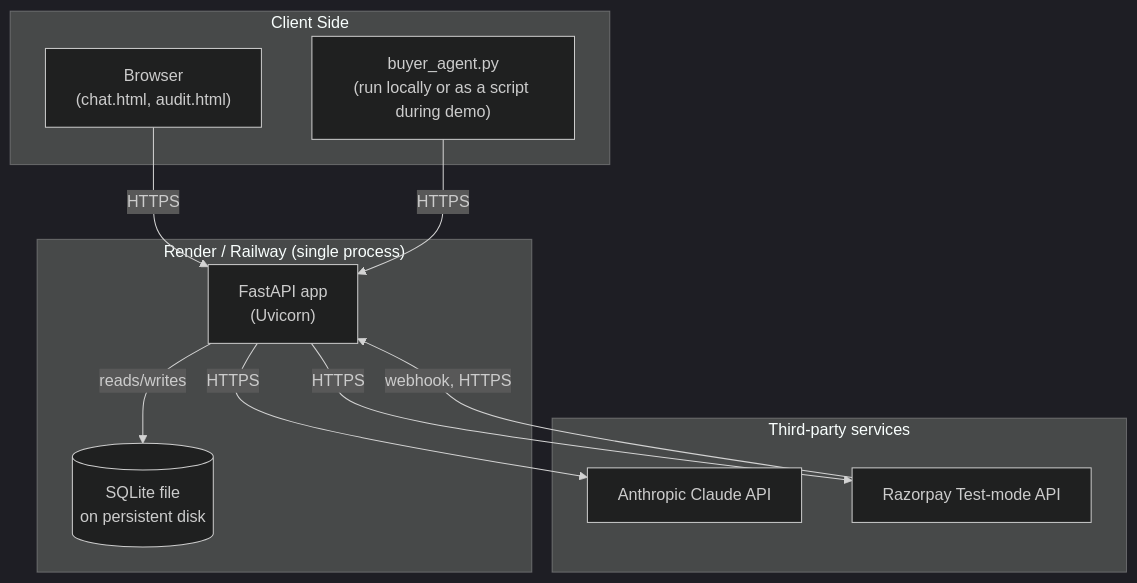
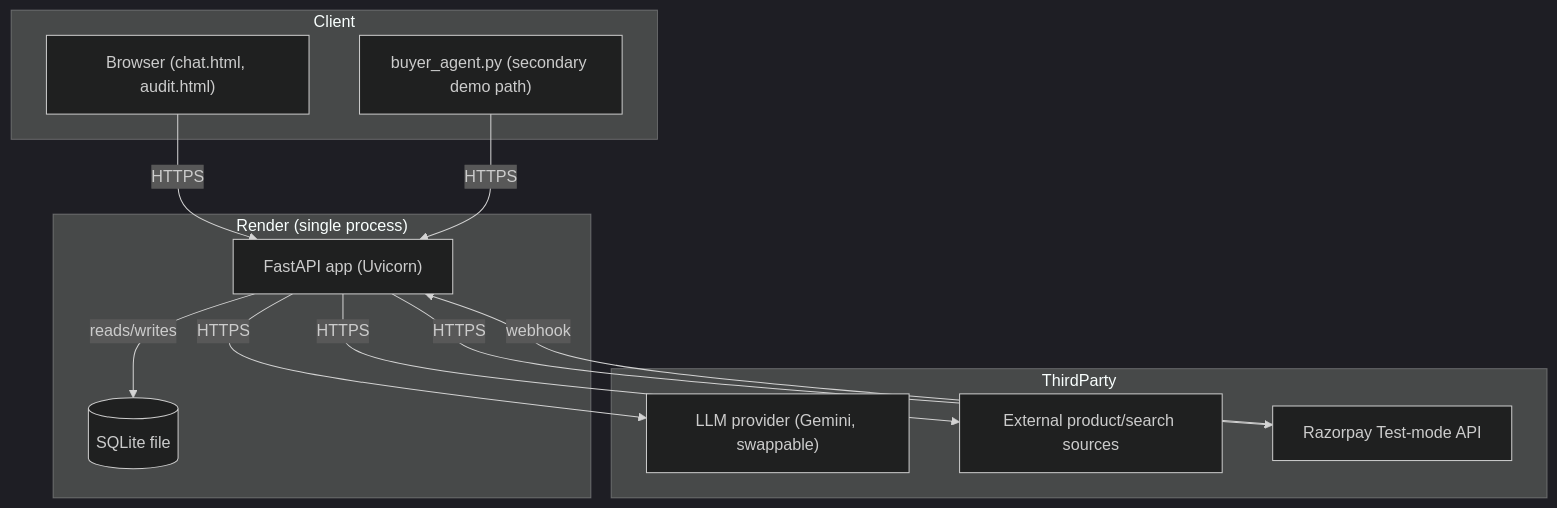
The fourth of 4 diagrams in docs/HIGH_LEVEL_DESIGN.md (Astha64/growthmate), drawn with Mermaid (dark theme) before and after one commit. The commit also changed other lines of this file and 18 other files, not shown here.

````diff
--- a/docs/HIGH_LEVEL_DESIGN.md
+++ b/docs/HIGH_LEVEL_DESIGN.md
@@ -168,24 +199,23 @@
 ```mermaid
 flowchart TB
-    subgraph Client Side
-        BR["Browser<br/>(chat.html, audit.html)"]
-        BAgent["buyer_agent.py<br/>(run locally or as a script during demo)"]
+    subgraph Client
+        BR["Browser (chat.html, audit.html)"]
+        BAgent["buyer_agent.py (secondary demo path)"]
     end
-
-    subgraph Hosted["Render / Railway (single process)"]
-        APP["FastAPI app<br/>(Uvicorn)"]
-        SQLITEDB[("SQLite file<br/>on persistent disk")]
+    subgraph Hosted["Render (single process)"]
+        APP["FastAPI app (Uvicorn)"]
+        DB[("SQLite file")]
     end
-
-    subgraph ThirdParty["Third-party services"]
-        CLAUDE["Anthropic Claude API"]
+    subgraph ThirdParty
+        LLM["LLM provider (Gemini, swappable)"]
+        SRC["External product/search sources"]
         RZP["Razorpay Test-mode API"]
     end
-
     BR -- HTTPS --> APP
     BAgent -- HTTPS --> APP
-    APP -- reads/writes --> SQLITEDB
-    APP -- HTTPS --> CLAUDE
+    APP -- reads/writes --> DB
+    APP -- HTTPS --> LLM
+    APP -- HTTPS --> SRC
     APP -- HTTPS --> RZP
-    RZP -- webhook, HTTPS --> APP
+    RZP -- webhook --> APP
 ```
````
